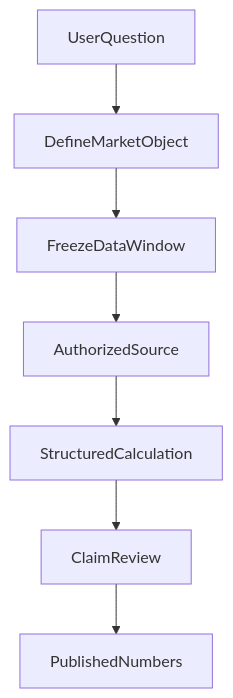
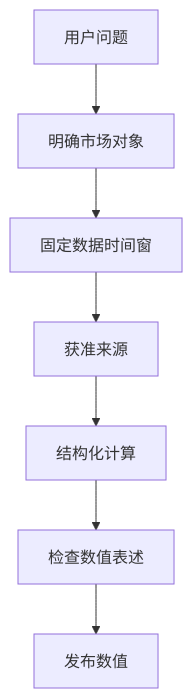
One commit to hpoenixf/eff-agent-article changed the diagram in articles/031-fintech-data-time-and-reproducible-numbers.md. Above: the diagram before and after it, drawn with Mermaid. The commit also changed 52 other files, not shown here.

Commit message:
docs: localize diagrams and clarify flagship guides

````diff
--- a/articles/031-fintech-data-time-and-reproducible-numbers.md
+++ b/articles/031-fintech-data-time-and-reproducible-numbers.md
@@ -39,9 +39,9 @@
 ```mermaid
 graph TD
-UserQuestion --> DefineMarketObject
-DefineMarketObject --> FreezeDataWindow
-FreezeDataWindow --> AuthorizedSource
-AuthorizedSource --> StructuredCalculation
-StructuredCalculation --> ClaimReview
-ClaimReview --> PublishedNumbers
+UserQuestion["用户问题"] --> DefineMarketObject["明确市场对象"]
+DefineMarketObject --> FreezeDataWindow["固定数据时间窗"]
+FreezeDataWindow --> AuthorizedSource["获准来源"]
+AuthorizedSource --> StructuredCalculation["结构化计算"]
+StructuredCalculation --> ClaimReview["检查数值表述"]
+ClaimReview --> PublishedNumbers["发布数值"]
 ```
````
